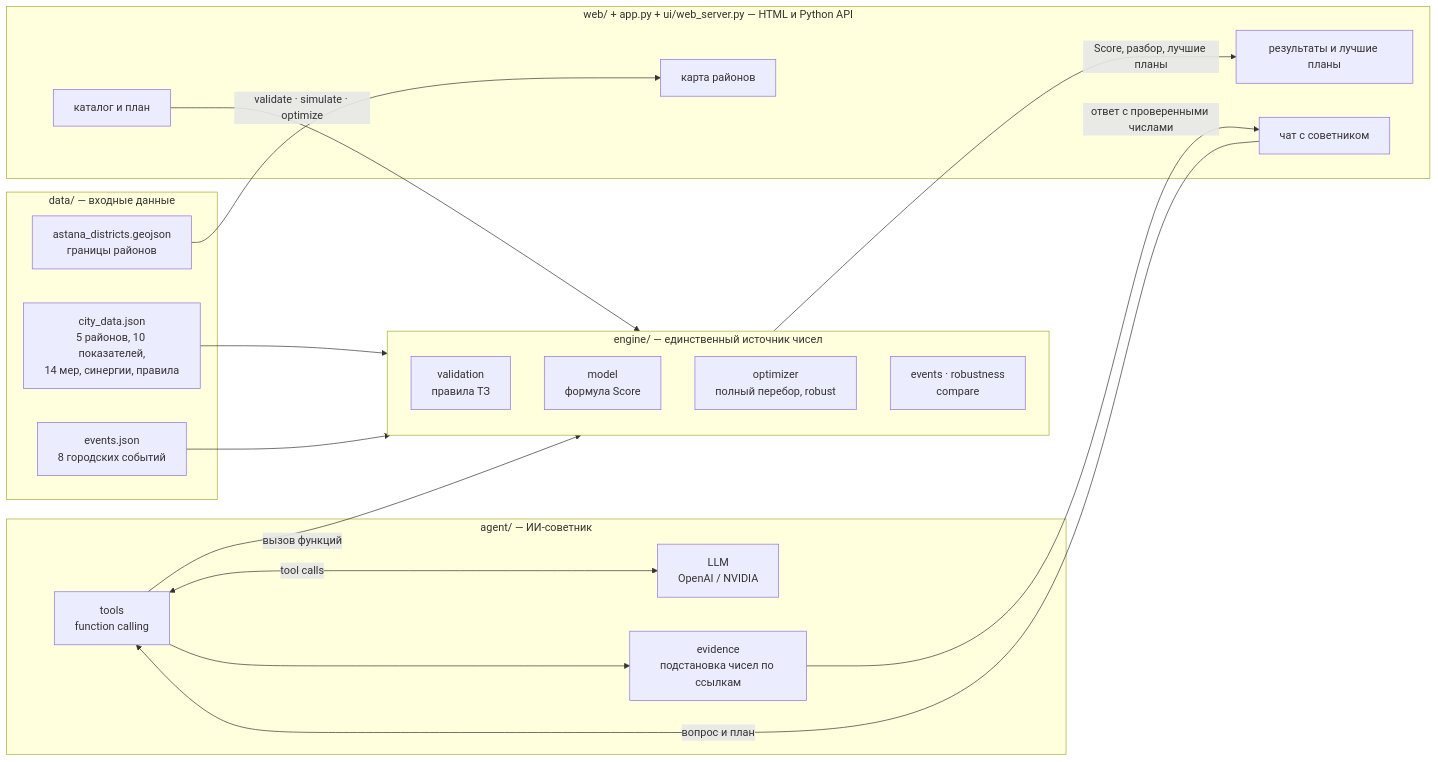
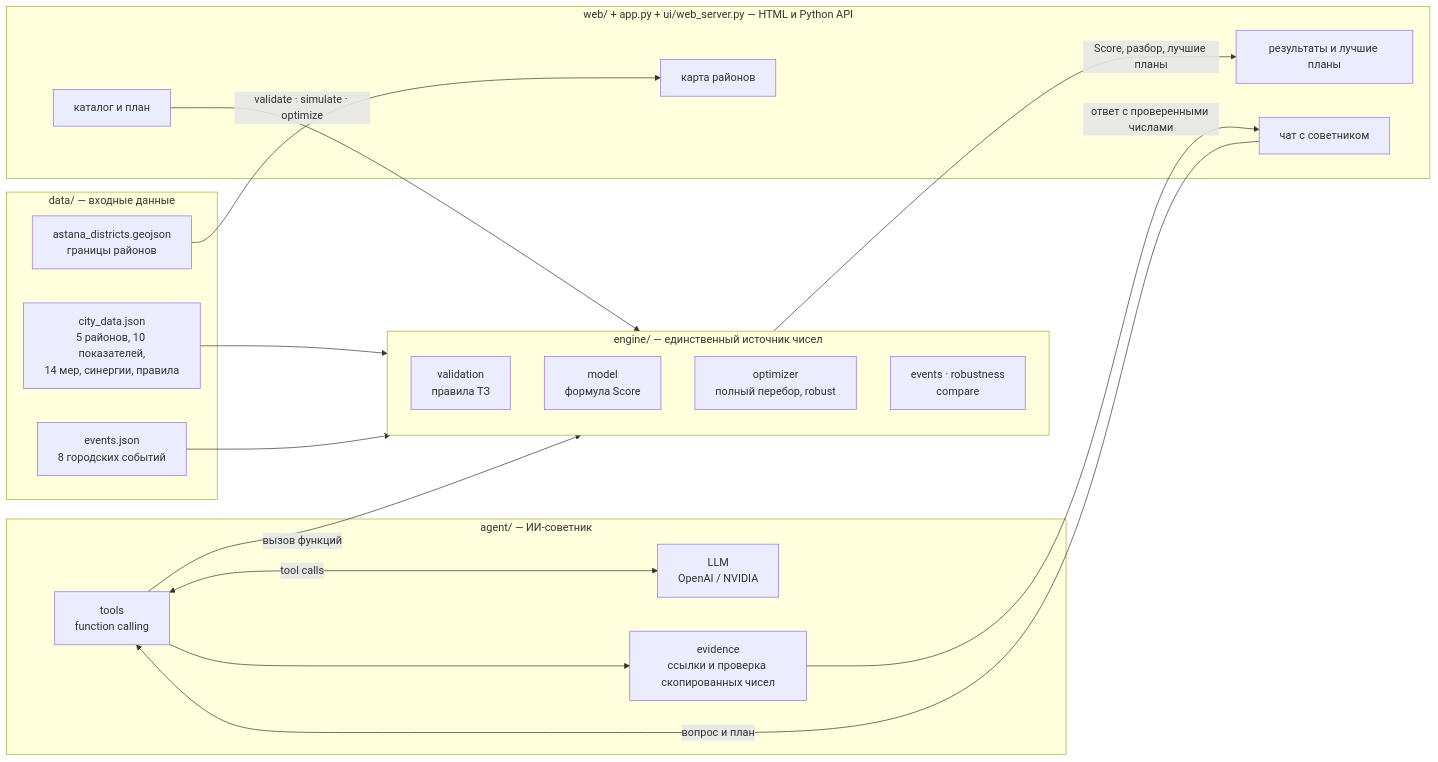
One commit to BAITC-Hacks/hack-d3b2c613-stupits changed the first of 2 diagrams in README.md. Above: the diagram before and after it, drawn with Mermaid. The commit also changed other lines of this file and 28 other files, not shown here.

````diff
--- a/README.md
+++ b/README.md
@@ -187,39 +194,39 @@
 ```mermaid
 flowchart LR
     subgraph DATA["data/ — входные данные"]
         CD["city_data.json<br/>5 районов, 10 показателей,<br/>14 мер, синергии, правила"]
         EV["events.json<br/>8 городских событий"]
         GEO["astana_districts.geojson<br/>границы районов"]
     end
 
     subgraph ENGINE["engine/ — единственный источник чисел"]
         VAL["validation<br/>правила ТЗ"]
         MOD["model<br/>формула Score"]
         OPT["optimizer<br/>полный перебор, robust"]
         ROB["events · robustness<br/>compare"]
     end
 
     subgraph AGENT["agent/ — ИИ-советник"]
         LLM["LLM<br/>OpenAI / NVIDIA"]
         TOOLS["tools<br/>function calling"]
-        EVI["evidence<br/>подстановка чисел по ссылкам"]
+        EVI["evidence<br/>ссылки и проверка скопированных чисел"]
     end
 
     subgraph UI["web/ + app.py + ui/web_server.py — HTML и Python API"]
         MAP["карта районов"]
         PLAN["каталог и план"]
         RES["результаты и лучшие планы"]
         CHAT["чат с советником"]
     end
 
     CD --> ENGINE
     EV --> ENGINE
     GEO --> MAP
     PLAN -->|validate · simulate · optimize| ENGINE
     ENGINE -->|Score, разбор, лучшие планы| RES
     CHAT -->|вопрос и план| TOOLS
     TOOLS <-->|tool calls| LLM
     TOOLS -->|вызов функций| ENGINE
     TOOLS --> EVI
     EVI -->|ответ с проверенными числами| CHAT
 ```
````
